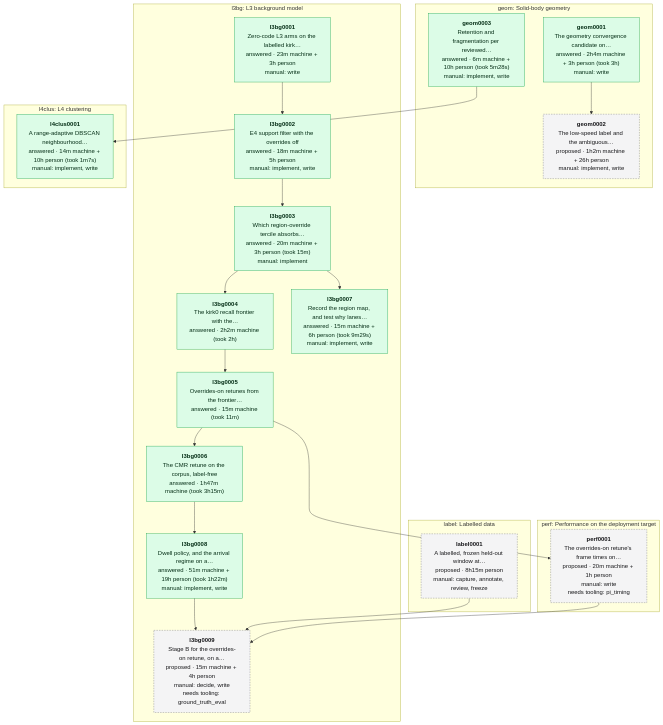
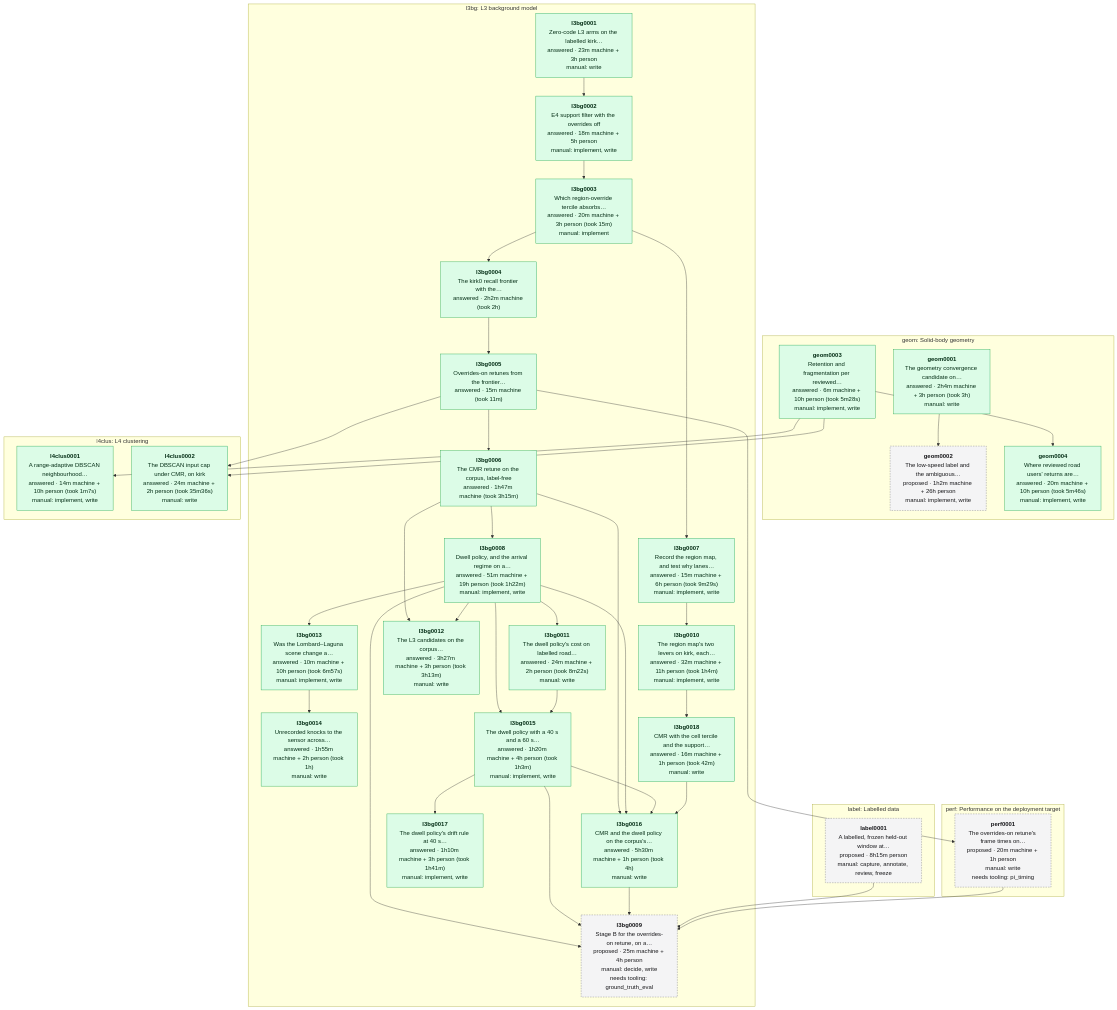
Before and after one commit to banshee-data/velocity.report: the diagram in data/experiments/DEPENDENCIES.md, drawn with Mermaid. The commit also changed other lines of this file and 78 other files, not shown here.

First line of the commit message:
[ai][go][lidar][docs] Follow-up experiments: sensor knocks in the corpus, where reviewed returns are lost, the dwell policy's clock, and CMR on both corpus segments (#758)

````diff
--- a/data/experiments/DEPENDENCIES.md
+++ b/data/experiments/DEPENDENCIES.md
@@ -7,45 +7,75 @@
 ```mermaid
 flowchart TB
   classDef proposed fill:#f4f4f5,stroke:#71717a,stroke-dasharray:4 3,color:#18181b
   classDef approved fill:#dbeafe,stroke:#2563eb,color:#172554
   classDef answered fill:#dcfce7,stroke:#16a34a,color:#052e16
   classDef retired fill:#fafafa,stroke:#d4d4d8,color:#71717a
   subgraph area_geom ["geom: Solid-body geometry"]
     geom0001["<b>geom0001</b><br/>The geometry convergence candidate on…<br/>answered · 2h4m machine + 3h person (took 3h)<br/>manual: write"]:::answered
     geom0002["<b>geom0002</b><br/>The low-speed label and the ambiguous…<br/>proposed · 1h2m machine + 26h person<br/>manual: implement, write"]:::proposed
     geom0003["<b>geom0003</b><br/>Retention and fragmentation per reviewed…<br/>answered · 6m machine + 10h person (took 5m28s)<br/>manual: implement, write"]:::answered
+    geom0004["<b>geom0004</b><br/>Where reviewed road users' returns are…<br/>answered · 20m machine + 10h person (took 5m46s)<br/>manual: implement, write"]:::answered
   end
   subgraph area_l3bg ["l3bg: L3 background model"]
     l3bg0001["<b>l3bg0001</b><br/>Zero-code L3 arms on the labelled kirk…<br/>answered · 23m machine + 3h person<br/>manual: write"]:::answered
     l3bg0002["<b>l3bg0002</b><br/>E4 support filter with the overrides off<br/>answered · 18m machine + 5h person<br/>manual: implement, write"]:::answered
     l3bg0003["<b>l3bg0003</b><br/>Which region-override tercile absorbs…<br/>answered · 20m machine + 3h person (took 15m)<br/>manual: implement"]:::answered
     l3bg0004["<b>l3bg0004</b><br/>The kirk0 recall frontier with the…<br/>answered · 2h2m machine (took 2h)"]:::answered
     l3bg0005["<b>l3bg0005</b><br/>Overrides-on retunes from the frontier…<br/>answered · 15m machine (took 11m)"]:::answered
     l3bg0006["<b>l3bg0006</b><br/>The CMR retune on the corpus, label-free<br/>answered · 1h47m machine (took 3h15m)"]:::answered
     l3bg0007["<b>l3bg0007</b><br/>Record the region map, and test why lanes…<br/>answered · 15m machine + 6h person (took 9m29s)<br/>manual: implement, write"]:::answered
     l3bg0008["<b>l3bg0008</b><br/>Dwell policy, and the arrival regime on a…<br/>answered · 51m machine + 19h person (took 1h22m)<br/>manual: implement, write"]:::answered
-    l3bg0009["<b>l3bg0009</b><br/>Stage B for the overrides-on retune, on a…<br/>proposed · 15m machine + 4h person<br/>manual: decide, write<br/>needs tooling: ground_truth_eval"]:::proposed
+    l3bg0009["<b>l3bg0009</b><br/>Stage B for the overrides-on retune, on a…<br/>proposed · 25m machine + 4h person<br/>manual: decide, write<br/>needs tooling: ground_truth_eval"]:::proposed
+    l3bg0010["<b>l3bg0010</b><br/>The region map's two levers on kirk, each…<br/>answered · 32m machine + 11h person (took 1h4m)<br/>manual: implement, write"]:::answered
+    l3bg0011["<b>l3bg0011</b><br/>The dwell policy's cost on labelled road…<br/>answered · 24m machine + 2h person (took 8m22s)<br/>manual: write"]:::answered
+    l3bg0012["<b>l3bg0012</b><br/>The L3 candidates on the corpus…<br/>answered · 3h27m machine + 3h person (took 3h13m)<br/>manual: write"]:::answered
+    l3bg0013["<b>l3bg0013</b><br/>Was the Lombard–Laguna scene change a…<br/>answered · 10m machine + 10h person (took 6m57s)<br/>manual: implement, write"]:::answered
+    l3bg0014["<b>l3bg0014</b><br/>Unrecorded knocks to the sensor across…<br/>answered · 1h55m machine + 2h person (took 1h)<br/>manual: write"]:::answered
+    l3bg0015["<b>l3bg0015</b><br/>The dwell policy with a 40 s and a 60 s…<br/>answered · 1h20m machine + 4h person (took 1h3m)<br/>manual: implement, write"]:::answered
+    l3bg0016["<b>l3bg0016</b><br/>CMR and the dwell policy on the corpus's…<br/>answered · 5h30m machine + 1h person (took 4h)<br/>manual: write"]:::answered
+    l3bg0017["<b>l3bg0017</b><br/>The dwell policy's drift rule at 40 s…<br/>answered · 1h10m machine + 3h person (took 1h41m)<br/>manual: implement, write"]:::answered
+    l3bg0018["<b>l3bg0018</b><br/>CMR with the cell tercile and the support…<br/>answered · 16m machine + 1h person (took 42m)<br/>manual: write"]:::answered
   end
   subgraph area_l4clus ["l4clus: L4 clustering"]
     l4clus0001["<b>l4clus0001</b><br/>A range-adaptive DBSCAN neighbourhood…<br/>answered · 14m machine + 10h person (took 1m7s)<br/>manual: implement, write"]:::answered
+    l4clus0002["<b>l4clus0002</b><br/>The DBSCAN input cap under CMR, on kirk<br/>answered · 24m machine + 2h person (took 35m36s)<br/>manual: write"]:::answered
   end
   subgraph area_label ["label: Labelled data"]
     label0001["<b>label0001</b><br/>A labelled, frozen held-out window at…<br/>proposed · 8h15m person<br/>manual: capture, annotate, review, freeze"]:::proposed
   end
   subgraph area_perf ["perf: Performance on the deployment target"]
     perf0001["<b>perf0001</b><br/>The overrides-on retune's frame times on…<br/>proposed · 20m machine + 1h person<br/>manual: write<br/>needs tooling: pi_timing"]:::proposed
   end
   geom0001 --> geom0002
+  geom0003 --> geom0004
   l3bg0001 --> l3bg0002
   l3bg0002 --> l3bg0003
   l3bg0003 --> l3bg0004
   l3bg0004 --> l3bg0005
   l3bg0005 --> l3bg0006
   l3bg0003 --> l3bg0007
   l3bg0006 --> l3bg0008
   l3bg0008 --> l3bg0009
+  l3bg0015 --> l3bg0009
+  l3bg0016 --> l3bg0009
   label0001 --> l3bg0009
   perf0001 --> l3bg0009
+  l3bg0007 --> l3bg0010
+  l3bg0008 --> l3bg0011
+  l3bg0006 --> l3bg0012
+  l3bg0008 --> l3bg0012
+  l3bg0008 --> l3bg0013
+  l3bg0013 --> l3bg0014
+  l3bg0008 --> l3bg0015
+  l3bg0011 --> l3bg0015
+  l3bg0006 --> l3bg0016
+  l3bg0008 --> l3bg0016
+  l3bg0015 --> l3bg0016
+  l3bg0018 --> l3bg0016
+  l3bg0015 --> l3bg0017
+  l3bg0010 --> l3bg0018
   geom0003 --> l4clus0001
+  geom0003 --> l4clus0002
+  l3bg0005 --> l4clus0002
   l3bg0005 --> perf0001
 ```
````
